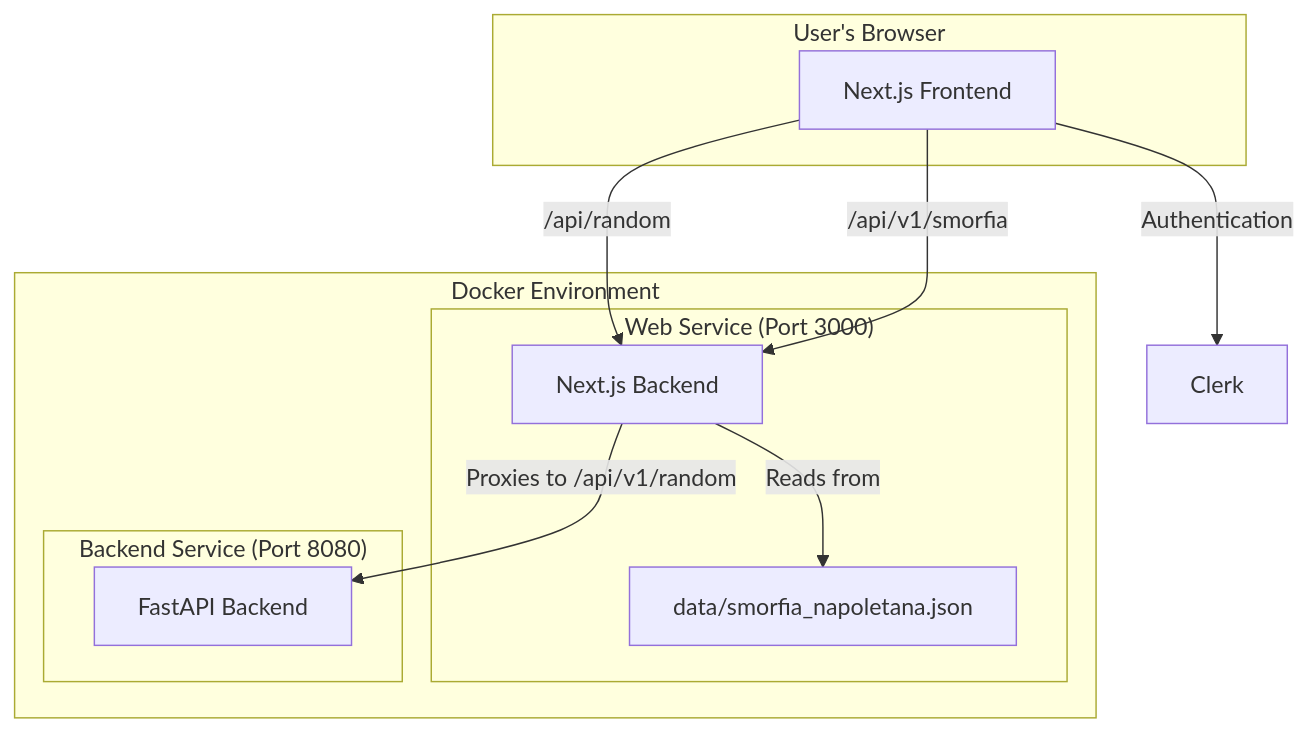
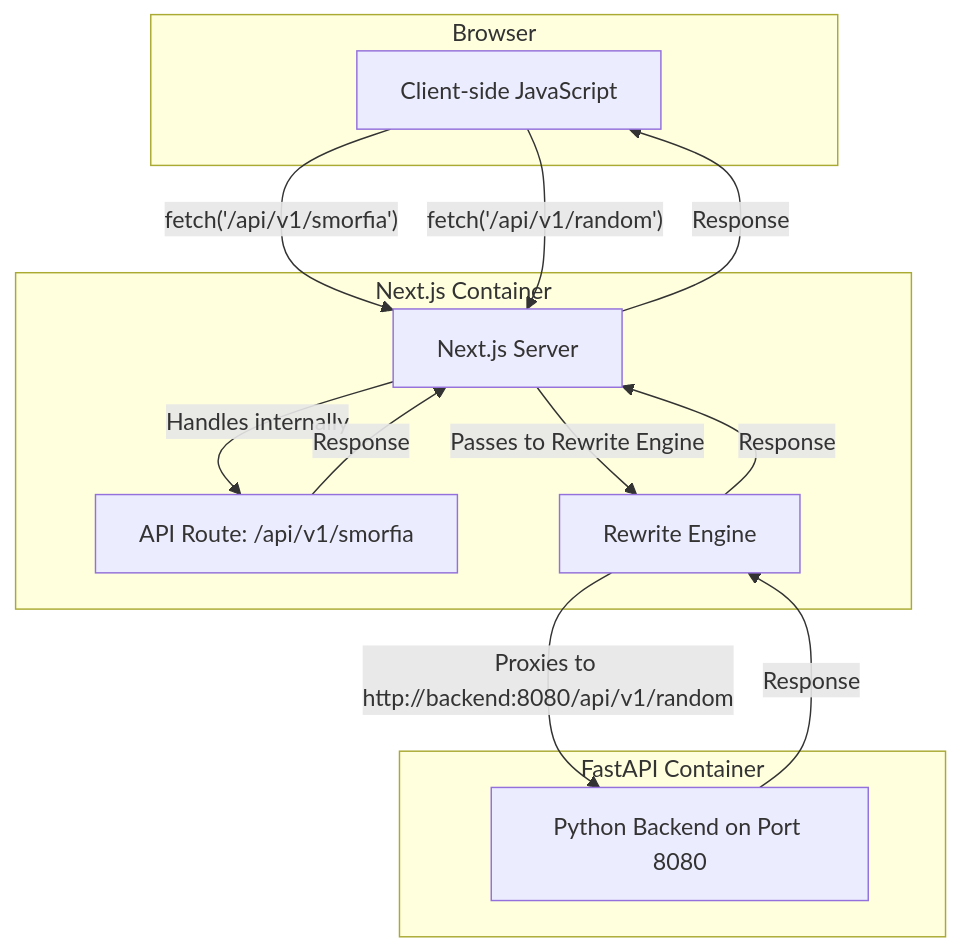
Before and after one commit to rjalexa/rjafecit: the first of 2 diagrams in README.md, drawn with Mermaid. The commit also changed other lines of this file and 5 other files, not shown here.

Commit message:
revised random API rewrite; modified high lev architecture diagram

````diff
--- a/README.md
+++ b/README.md
@@ -18,24 +18,27 @@
 ```mermaid
 graph TD
-    subgraph "User's Browser"
-        A[Next.js Frontend]
+    subgraph Browser
+        A[Client-side JavaScript]
     end
 
-    subgraph "Docker Environment"
-        subgraph "Web Service (Port 3000)"
-            B[Next.js Backend]
-            E[data/smorfia_napoletana.json]
-        end
-        subgraph "Backend Service (Port 8080)"
-            C[FastAPI Backend]
-        end
+    subgraph "Next.js Container"
+        B[Next.js Server]
+        C[API Route: /api/v1/smorfia]
+        E[Rewrite Engine]
     end
 
-    D[Clerk]
+    subgraph "FastAPI Container"
+        D[Python Backend on Port 8080]
+    end
 
-    A -- "/api/random" --> B
-    B -- "Proxies to /api/v1/random" --> C
-    A -- "/api/v1/smorfia" --> B
-    B -- "Reads from" --> E
-    A -- "Authentication" --> D
+    A -- "fetch('/api/v1/smorfia')" --> B
+    B -- "Handles internally" --> C
+    C -- "Response" --> B
+    B -- "Response" --> A
+
+    A -- "fetch('/api/v1/random')" --> B
+    B -- "Passes to Rewrite Engine" --> E
+    E -- "Proxies to http://backend:8080/api/v1/random" --> D
+    D -- "Response" --> E
+    E -- "Response" --> B
 ```
````
